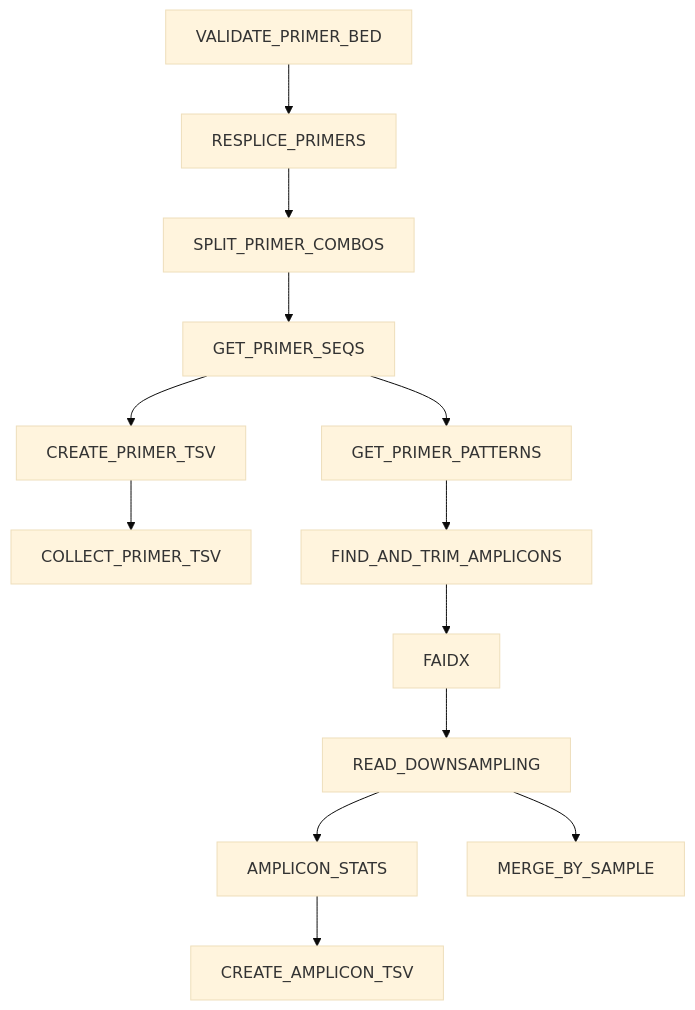
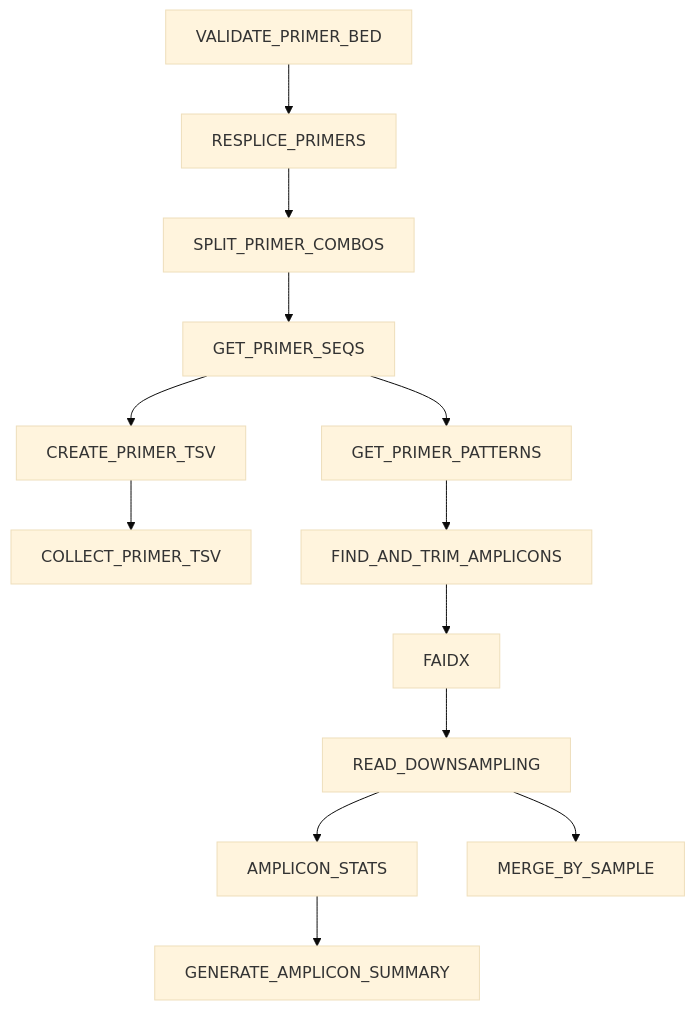
One commit to nrminor/oneroof changed the sixth of 13 diagrams in docs/pipeline_architecture.md. Above: the diagram before and after it, drawn with Mermaid (base theme). The commit also changed 93 other files, not shown here.

````diff
--- a/docs/pipeline_architecture.md
+++ b/docs/pipeline_architecture.md
@@ -207,15 +207,15 @@
 ``` mermaid
 graph TD
     A[VALIDATE_PRIMER_BED] --> B[RESPLICE_PRIMERS]
     B --> C[SPLIT_PRIMER_COMBOS]
     C --> D[GET_PRIMER_SEQS]
     D --> E[GET_PRIMER_PATTERNS]
     D --> F[CREATE_PRIMER_TSV]
     F --> G[COLLECT_PRIMER_TSV]
     E --> H[FIND_AND_TRIM_AMPLICONS]
     H --> I[FAIDX]
     I --> J[READ_DOWNSAMPLING]
     J --> K[AMPLICON_STATS]
     J --> L[MERGE_BY_SAMPLE]
-    K --> M[CREATE_AMPLICON_TSV]
+    K --> M[GENERATE_AMPLICON_SUMMARY]
 ```
````
